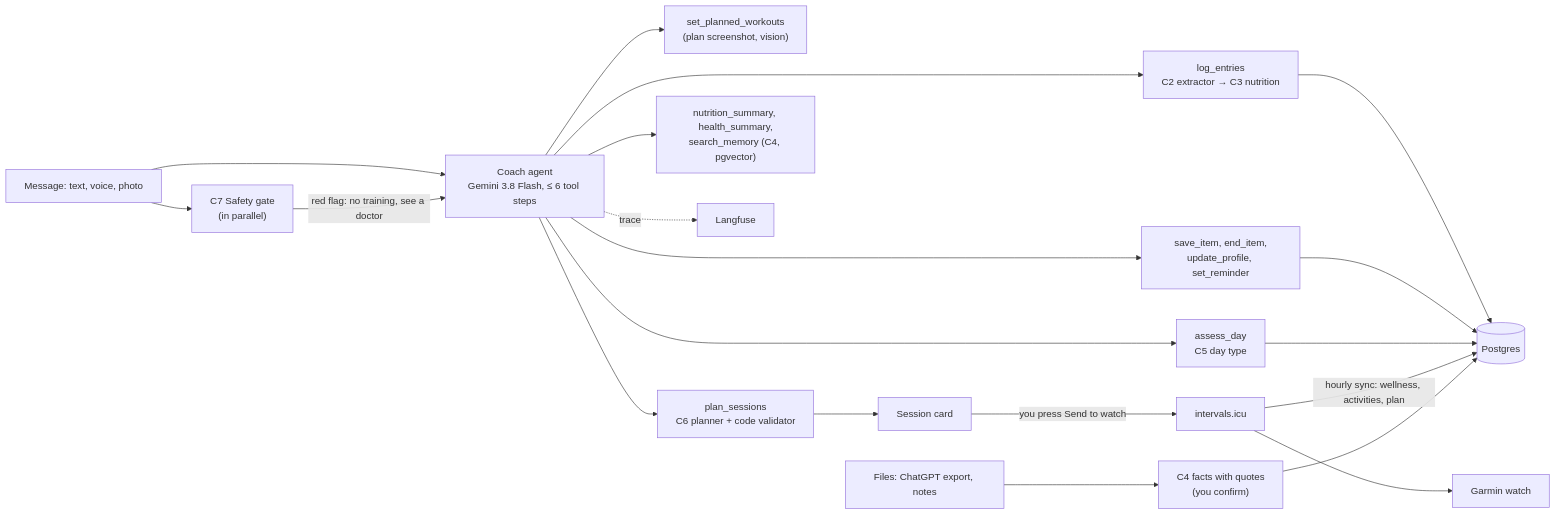
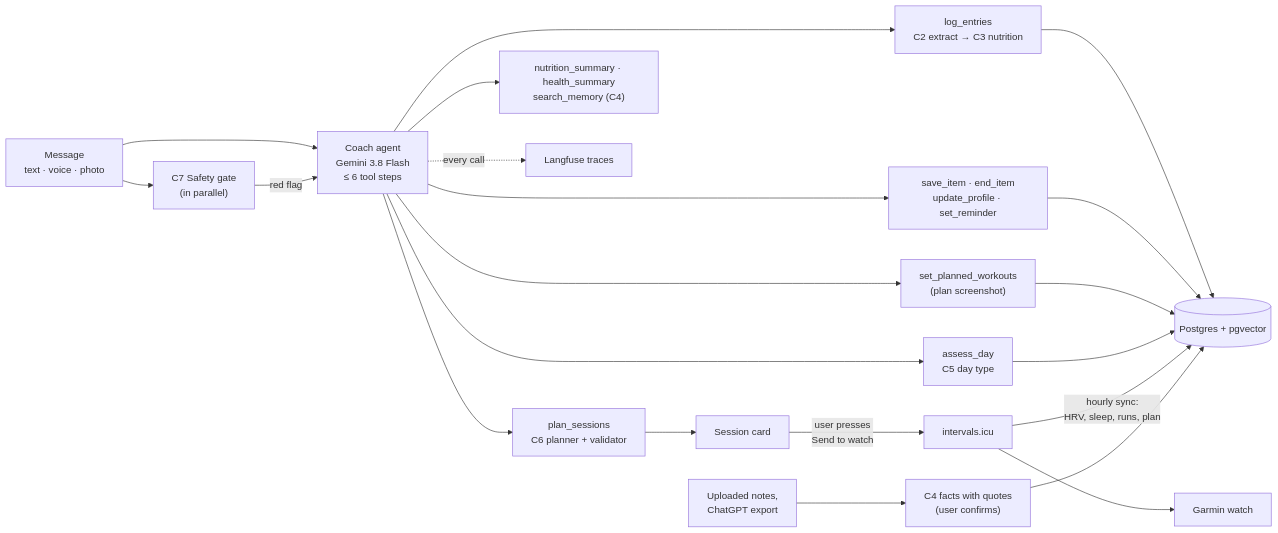
Before and after one commit to Oleksii-Lasiichuk/daily-coach: the first of 5 diagrams in docs/report/README.md, drawn with Mermaid. The commit also changed other lines of this file and 25 other files, not shown here.

Commit message:
docs: full report with diagrams, charts, screenshots and a generated appendix

````diff
--- a/docs/report/README.md
+++ b/docs/report/README.md
@@ -50,19 +88,17 @@
 ```mermaid
 flowchart LR
-  U["Message: text, voice, photo"] --> S["C7 Safety gate<br/>(in parallel)"]
-  U --> A["Coach agent<br/>Gemini 3.8 Flash, ≤ 6 tool steps"]
-  S -->|red flag: no training, see a doctor| A
-  A --> L["log_entries<br/>C2 extractor → C3 nutrition"]
-  A --> I["save_item, end_item,<br/>update_profile, set_reminder"]
-  A --> V["set_planned_workouts<br/>(plan screenshot, vision)"]
+  U["Message<br/>text · voice · photo"] --> S["C7 Safety gate<br/>(in parallel)"]
+  U --> A["Coach agent<br/>Gemini 3.8 Flash<br/>≤ 6 tool steps"]
+  S -->|red flag| A
+  A --> L["log_entries<br/>C2 extract → C3 nutrition"]
+  A --> I["save_item · end_item<br/>update_profile · set_reminder"]
+  A --> V["set_planned_workouts<br/>(plan screenshot)"]
   A --> D["assess_day<br/>C5 day type"]
-  A --> P["plan_sessions<br/>C6 planner + code validator"]
-  A --> Q["nutrition_summary, health_summary,<br/>search_memory (C4, pgvector)"]
-  L --> DB[("Postgres")]
-  I --> DB
-  D --> DB
-  P --> C["Session card"] -->|you press Send to watch| W["intervals.icu"] --> G["Garmin watch"]
-  W -->|hourly sync: wellness, activities, plan| DB
-  F["Files: ChatGPT export, notes"] --> C4["C4 facts with quotes<br/>(you confirm)"] --> DB
-  A -.trace.-> T["Langfuse"]
+  A --> P["plan_sessions<br/>C6 planner + validator"]
+  A --> Q["nutrition_summary · health_summary<br/>search_memory (C4)"]
+  L & I & V & D --> DB[("Postgres + pgvector")]
+  P --> C["Session card"] -->|"user presses<br/>Send to watch"| W["intervals.icu"] --> G["Garmin watch"]
+  W -->|"hourly sync:<br/>HRV, sleep, runs, plan"| DB
+  F["Uploaded notes,<br/>ChatGPT export"] --> C4["C4 facts with quotes<br/>(user confirms)"] --> DB
+  A -. every call .-> T["Langfuse traces"]
 ```
````
